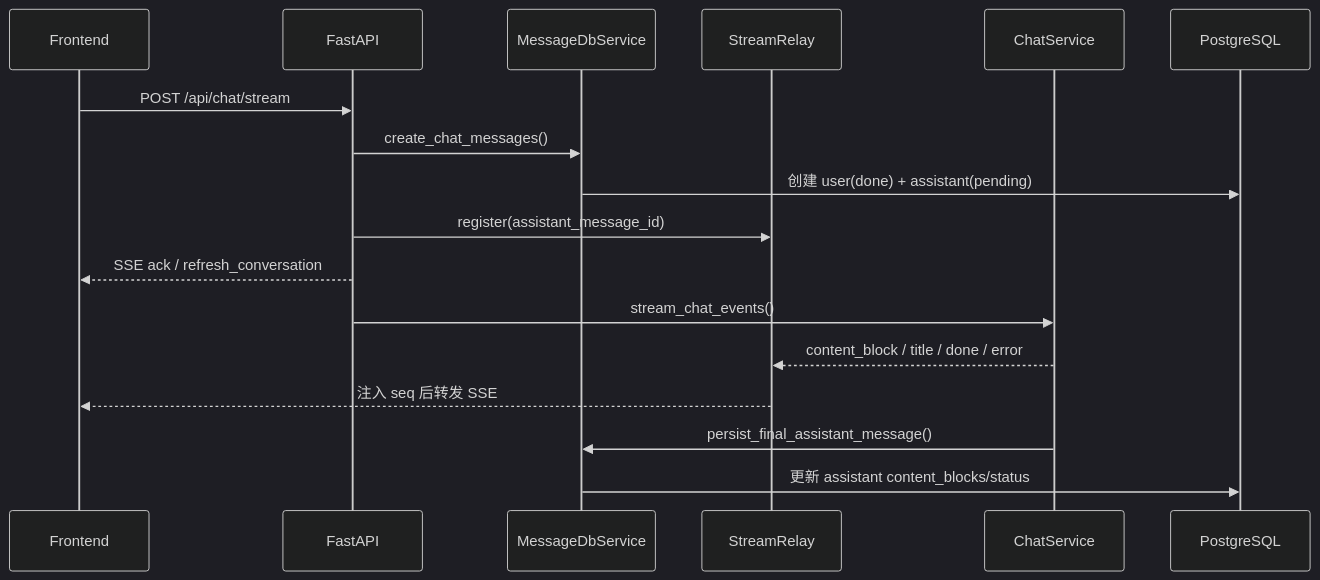
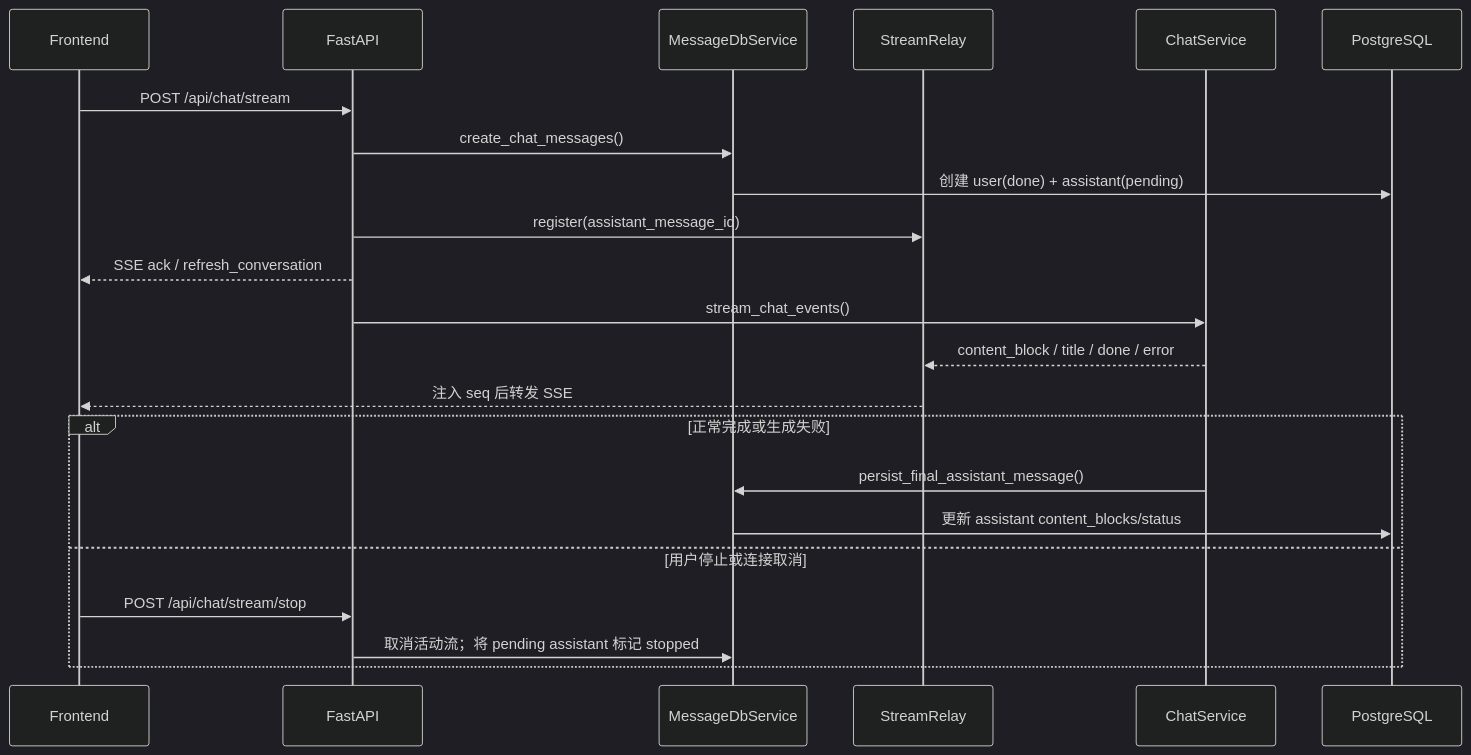
The diagram in docs/会话管理.md (wuhonglei/chat-agent), drawn with Mermaid (dark theme) before and after one commit. The commit also changed other lines of this file and 3 other files, not shown here.

````diff
--- a/docs/会话管理.md
+++ b/docs/会话管理.md
@@ -137,20 +138,25 @@
 ```mermaid
 sequenceDiagram
     participant FE as Frontend
     participant API as FastAPI
     participant MSG as MessageDbService
     participant RELAY as StreamRelay
     participant CHAT as ChatService
     participant DB as PostgreSQL
 
     FE->>API: POST /api/chat/stream
     API->>MSG: create_chat_messages()
     MSG->>DB: 创建 user(done) + assistant(pending)
     API->>RELAY: register(assistant_message_id)
     API-->>FE: SSE ack / refresh_conversation
     API->>CHAT: stream_chat_events()
     CHAT-->>RELAY: content_block / title / done / error
     RELAY-->>FE: 注入 seq 后转发 SSE
-    CHAT->>MSG: persist_final_assistant_message()
-    MSG->>DB: 更新 assistant content_blocks/status
+    alt 正常完成或生成失败
+        CHAT->>MSG: persist_final_assistant_message()
+        MSG->>DB: 更新 assistant content_blocks/status
+    else 用户停止或连接取消
+        FE->>API: POST /api/chat/stream/stop
+        API->>MSG: 取消活动流；将 pending assistant 标记 stopped
+    end
 ```
````
